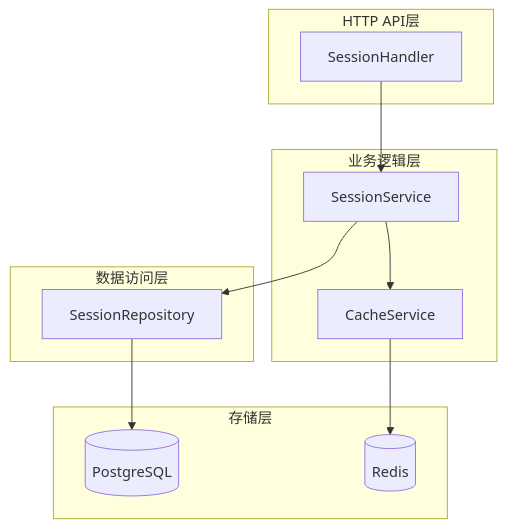
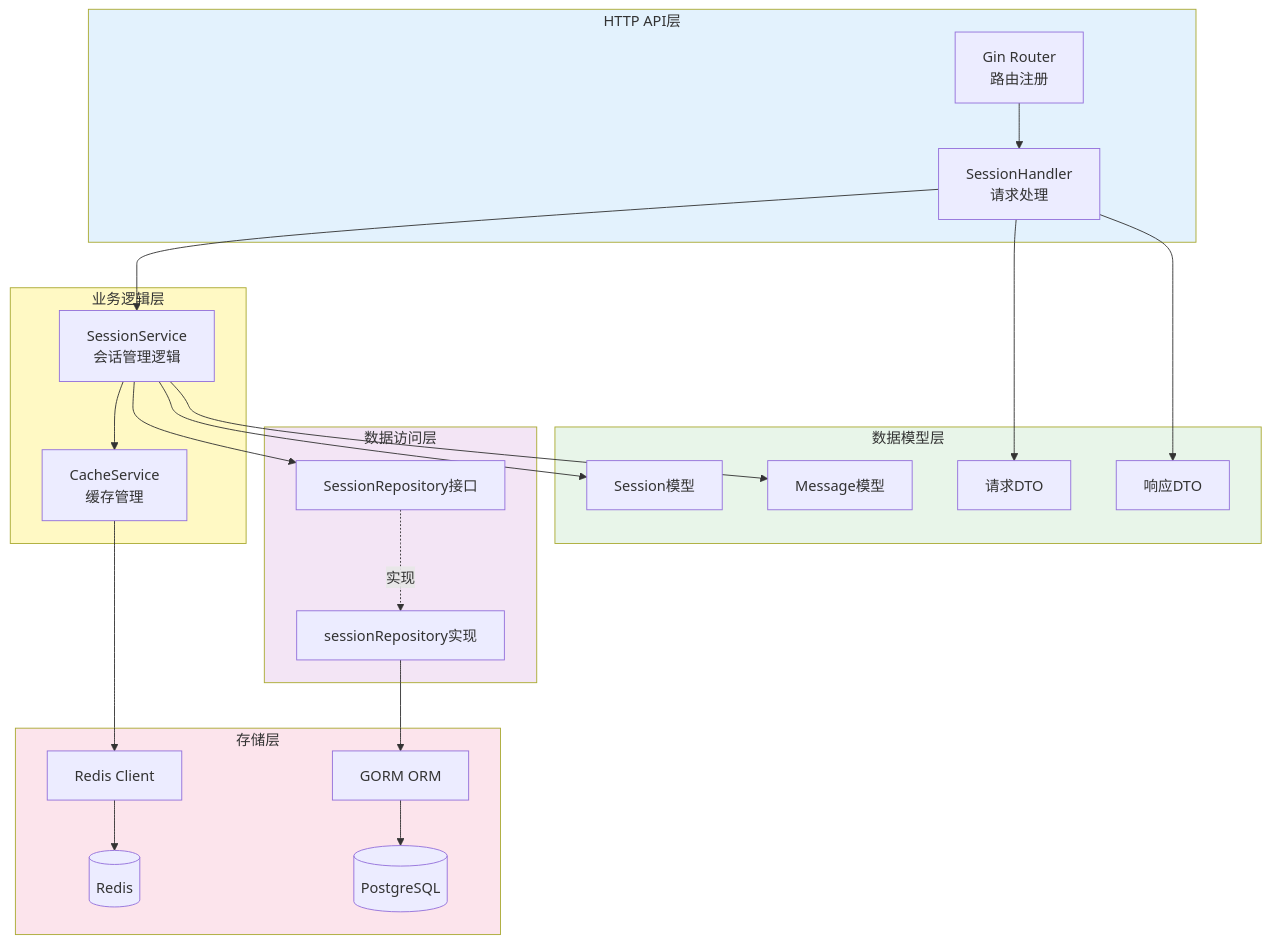
The second of 9 diagrams in content/posts/VoiceHelper-04-Session会话服务.md (haoyunlt/myblog), drawn with Mermaid before and after one commit. The commit also changed other lines of this file and 13 other files, not shown here.

````diff
--- a/content/posts/VoiceHelper-04-Session会话服务.md
+++ b/content/posts/VoiceHelper-04-Session会话服务.md
@@ -43,27 +145,54 @@
 ```mermaid
 flowchart TB
     subgraph API["HTTP API层"]
-        Handler[SessionHandler]
+        Router[Gin Router<br/>路由注册]
+        Handler[SessionHandler<br/>请求处理]
     end
     
     subgraph Service["业务逻辑层"]
-        SvcSession[SessionService]
-        SvcCache[CacheService]
+        SessionSvc[SessionService<br/>会话管理逻辑]
+        CacheSvc[CacheService<br/>缓存管理]
     end
     
     subgraph Repo["数据访问层"]
-        RepoSession[SessionRepository]
+        RepoInterface[SessionRepository接口]
+        RepoImpl[sessionRepository实现]
+    end
+    
+    subgraph Model["数据模型层"]
+        SessionModel[Session模型]
+        MessageModel[Message模型]
+        RequestDTO[请求DTO]
+        ResponseDTO[响应DTO]
     end
     
     subgraph Storage["存储层"]
+        GORM[GORM ORM]
+        RedisClient[Redis Client]
         PG[(PostgreSQL)]
         Redis[(Redis)]
     end
     
-    Handler --> SvcSession
-    SvcSession --> RepoSession
-    SvcSession --> SvcCache
+    Router --> Handler
+    Handler --> SessionSvc
+    Handler --> RequestDTO
+    Handler --> ResponseDTO
     
-    RepoSession --> PG
-    SvcCache --> Redis
+    SessionSvc --> CacheSvc
+    SessionSvc --> RepoInterface
+    SessionSvc --> SessionModel
+    SessionSvc --> MessageModel
+    
+    RepoInterface -.实现.-> RepoImpl
+    RepoImpl --> GORM
+    CacheSvc --> RedisClient
+    
+    GORM --> PG
+    RedisClient --> Redis
+    
+    style API fill:#e3f2fd
+    style Service fill:#fff9c4
+    style Repo fill:#f3e5f5
+    style Model fill:#e8f5e9
+    style Storage fill:#fce4ec
 ```
````
